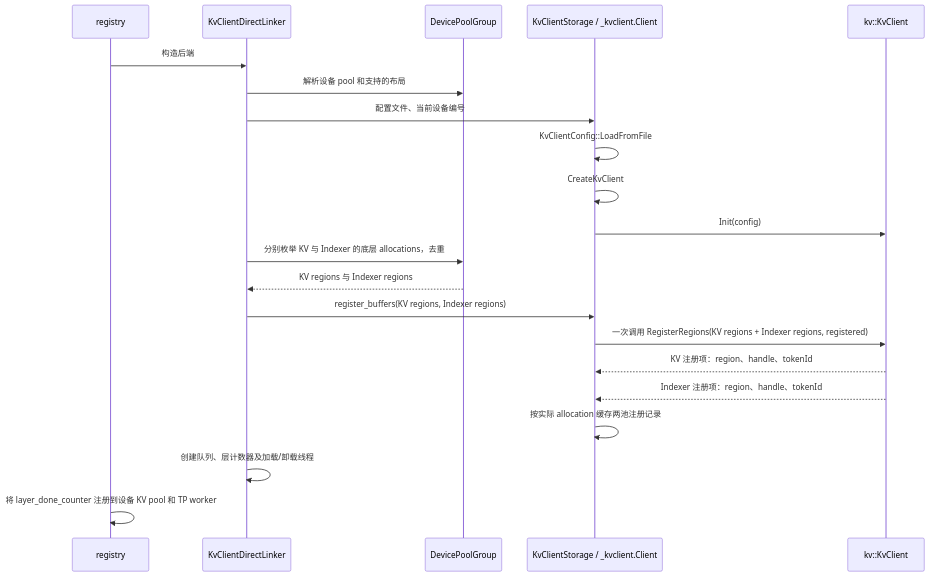
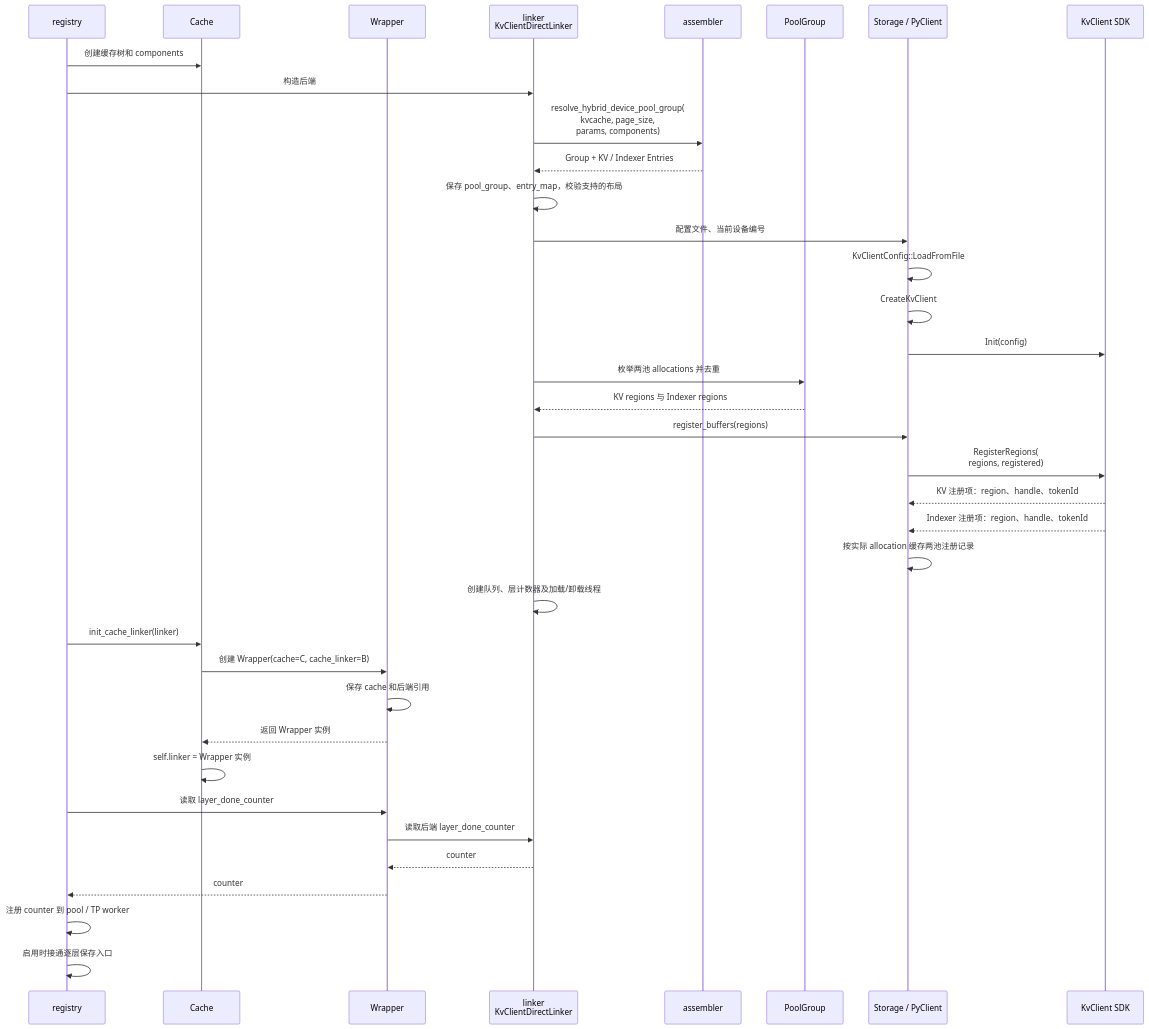
One commit to yuanzhg078/sglang changed the eighth of 27 diagrams in kv_client_linker_backend_design.md. Above: the diagram before and after it, drawn with Mermaid. The commit also changed other lines of this file and 1 other file, not shown here.

````diff
--- a/kv_client_linker_backend_design.md
+++ b/kv_client_linker_backend_design.md
@@ -304,23 +403,39 @@
 ```mermaid
 sequenceDiagram
     participant R as registry
-    participant B as KvClientDirectLinker
-    participant P as DevicePoolGroup
-    participant N as KvClientStorage / _kvclient.Client
-    participant K as kv::KvClient
+    participant C as Cache
+    participant W as Wrapper
+    participant B as linker<br/>KvClientDirectLinker
+    participant A as assembler
+    participant P as PoolGroup
+    participant N as Storage / PyClient
+    participant K as KvClient SDK
+    R->>C: 创建缓存树和 components
     R->>B: 构造后端
-    B->>P: 解析设备 pool 和支持的布局
+    B->>A: resolve_hybrid_device_pool_group(<br/>kvcache, page_size,<br/>params, components)
+    A-->>B: Group + KV / Indexer Entries
+    B->>B: 保存 pool_group、entry_map，校验支持的布局
     B->>N: 配置文件、当前设备编号
     N->>N: KvClientConfig::LoadFromFile
     N->>N: CreateKvClient
     N->>K: Init(config)
-    B->>P: 分别枚举 KV 与 Indexer 的底层 allocations，去重
+    B->>P: 枚举两池 allocations 并去重
     P-->>B: KV regions 与 Indexer regions
-    B->>N: register_buffers(KV regions, Indexer regions)
-    N->>K: 一次调用 RegisterRegions(KV regions + Indexer regions, registered)
+    B->>N: register_buffers(regions)
+    N->>K: RegisterRegions(<br/>regions, registered)
     K-->>N: KV 注册项：region、handle、tokenId
     K-->>N: Indexer 注册项：region、handle、tokenId
     N->>N: 按实际 allocation 缓存两池注册记录
     B->>B: 创建队列、层计数器及加载/卸载线程
-    R->>R: 将 layer_done_counter 注册到设备 KV pool 和 TP worker
+    R->>C: init_cache_linker(linker)
+    C->>W: 创建 Wrapper(cache=C, cache_linker=B)
+    W->>W: 保存 cache 和后端引用
+    W-->>C: 返回 Wrapper 实例
+    C->>C: self.linker = Wrapper 实例
+    R->>W: 读取 layer_done_counter
+    W->>B: 读取后端 layer_done_counter
+    B-->>W: counter
+    W-->>R: counter
+    R->>R: 注册 counter 到 pool / TP worker
+    R->>R: 启用时接通逐层保存入口
 ```
````
